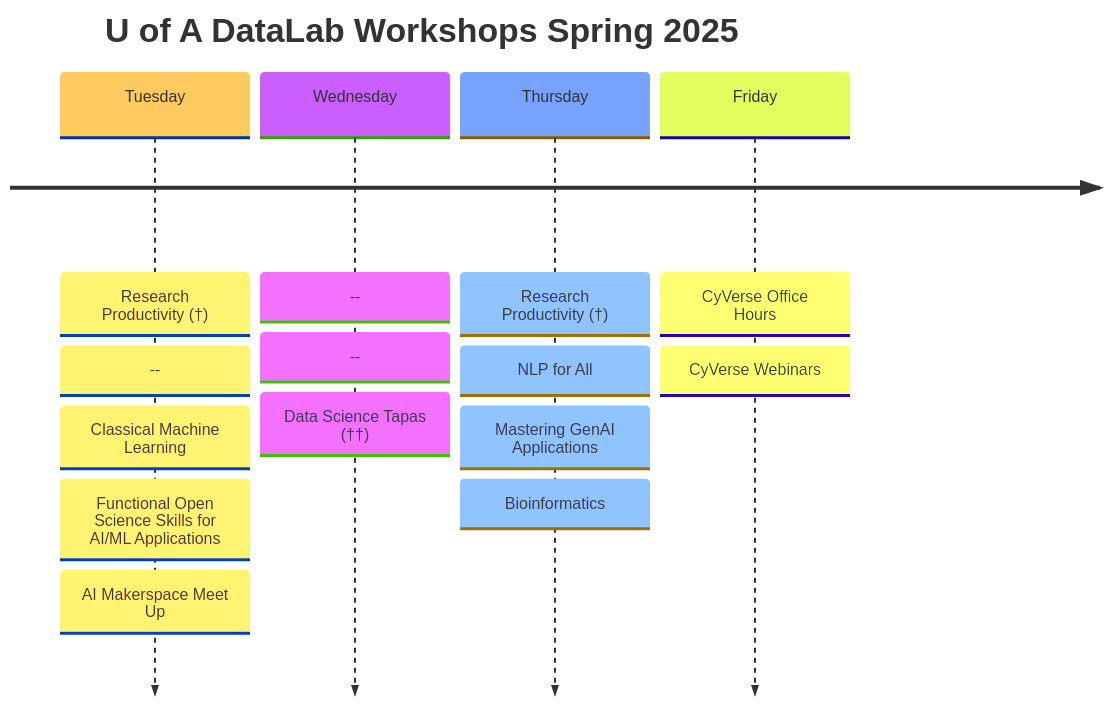
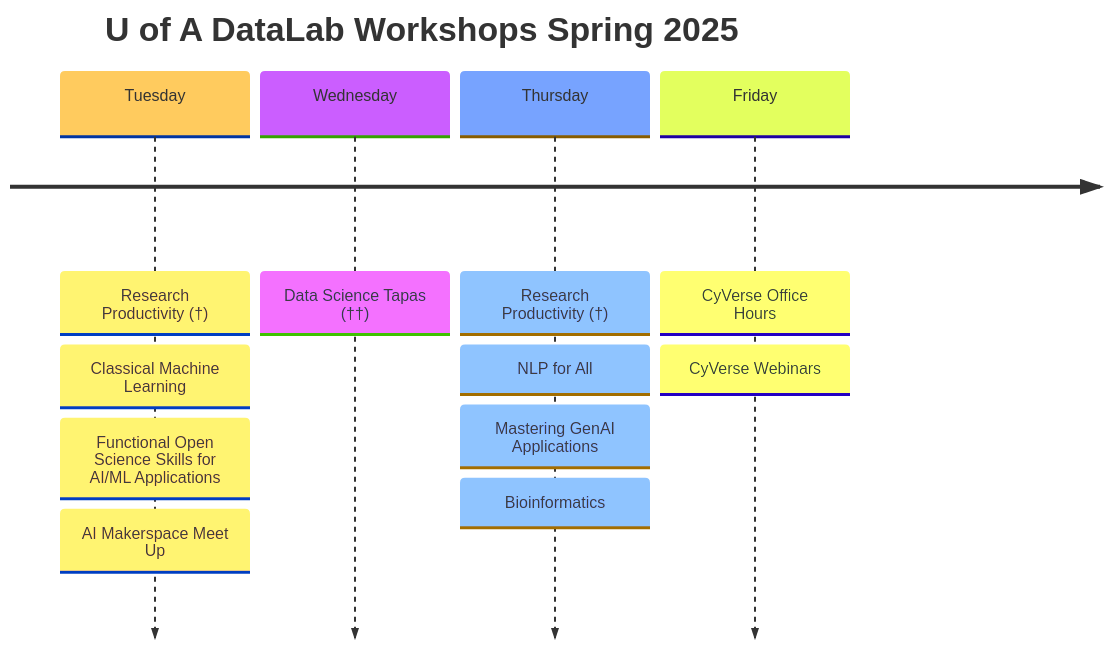
The diagram in docs/index.md (ua-datalab/ua-datalab.github.io), drawn with Mermaid before and after one commit. The commit also changed other lines of this file, not shown here.

````diff
--- a/docs/index.md
+++ b/docs/index.md
@@ -29,19 +29,16 @@
 ```mermaid
 %%{init: { 'logLevel': 'debug', 'theme': 'base' } }%%
 timeline
     title U of A DataLab Workshops Spring 2025
     Tuesday : Research Productivity (†)
-    	    :         --
     	    : Classical Machine Learning
 	    : Functional Open Science Skills for AI/ML Applications
 	    : AI Makerspace Meet Up
-    Wednesday :       --
-    	      :       --
-    	      : Data Science Tapas (††)
+    Wednesday : Data Science Tapas (††)
     Thursday : Research Productivity (†)
     	     : NLP for All
     	     : Mastering GenAI Applications
     	     : Bioinformatics
     Friday : CyVerse Office Hours
     	   : CyVerse Webinars
 ```
````
